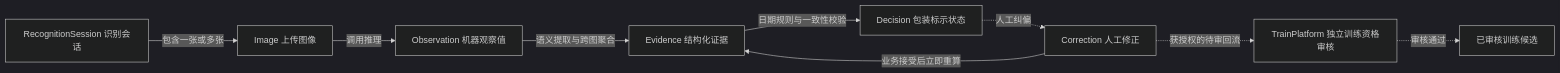
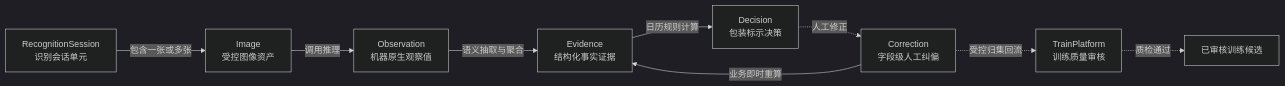
The third of 3 diagrams in ARCHITECTURE.md (QingMouFoodDate/ProjectPRD), drawn with Mermaid (dark theme) before and after one commit. The commit also changed other lines of this file and 3 other files, not shown here.

````diff
--- a/ARCHITECTURE.md
+++ b/ARCHITECTURE.md
@@ -122,20 +118,20 @@
 ```mermaid
 flowchart LR
-    SESSION["RecognitionSession 识别会话"]
-    IMAGE["Image 上传图像"]
-    OBS["Observation 机器观察值"]
-    EVIDENCE["Evidence 结构化证据"]
-    DECISION["Decision 包装标示状态"]
-    CORRECTION["Correction 人工修正"]
-    REVIEW["TrainPlatform 独立训练资格审核"]
+    SESSION["RecognitionSession<br/>识别会话单元"]
+    IMAGE["Image<br/>受控图像资产"]
+    OBS["Observation<br/>机器原生观察值"]
+    EVIDENCE["Evidence<br/>结构化事实证据"]
+    DECISION["Decision<br/>包装标示决策"]
+    CORRECTION["Correction<br/>字段级人工纠偏"]
+    REVIEW["TrainPlatform<br/>训练质量审核"]
     CANDIDATE["已审核训练候选"]
 
     SESSION -->|"包含一张或多张"| IMAGE
     IMAGE -->|"调用推理"| OBS
-    OBS -->|"语义提取与跨图聚合"| EVIDENCE
-    EVIDENCE -->|"日期规则与一致性校验"| DECISION
-    DECISION -.人工纠偏.-> CORRECTION
-    CORRECTION -->|"业务接受后立即重算"| EVIDENCE
-    CORRECTION -.获授权的待审回流.-> REVIEW
-    REVIEW -.审核通过.-> CANDIDATE
+    OBS -->|"语义抽取与聚合"| EVIDENCE
+    EVIDENCE -->|"日历规则计算"| DECISION
+    DECISION -.人工修正.-> CORRECTION
+    CORRECTION -->|"业务即时重算"| EVIDENCE
+    CORRECTION -.受控归集回流.-> REVIEW
+    REVIEW -.质检通过.-> CANDIDATE
 ```
````
